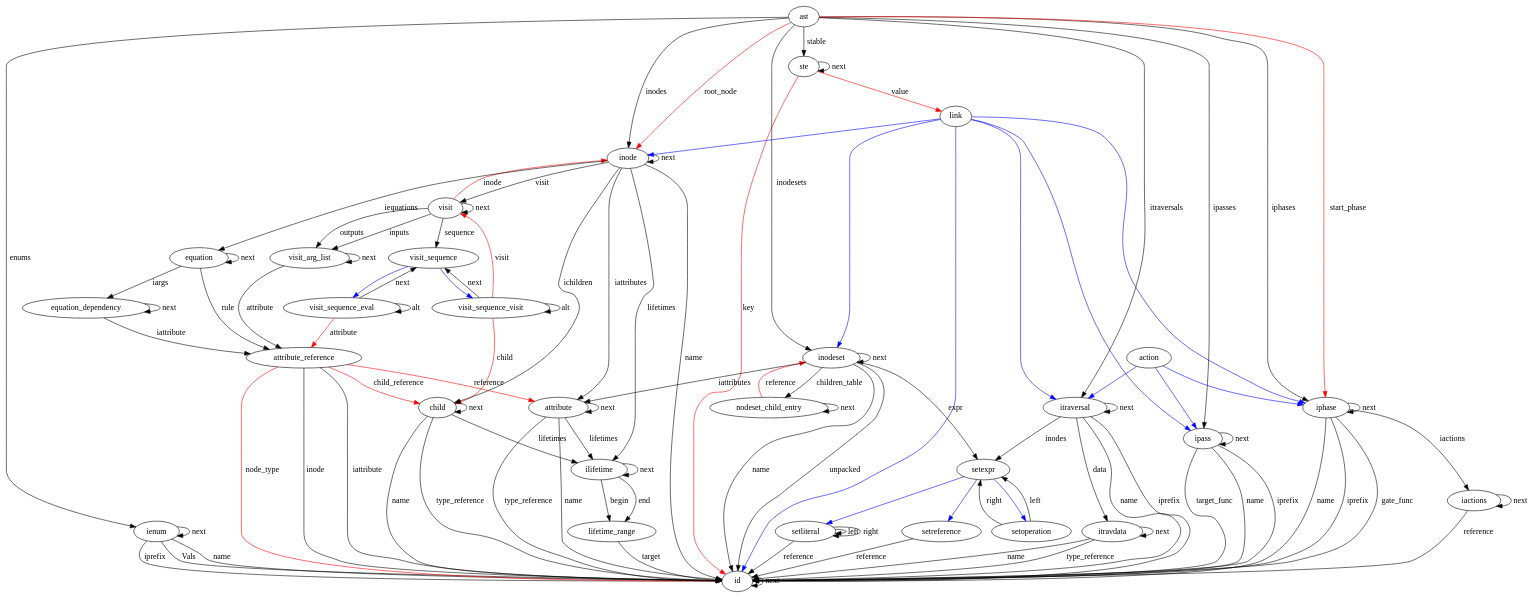
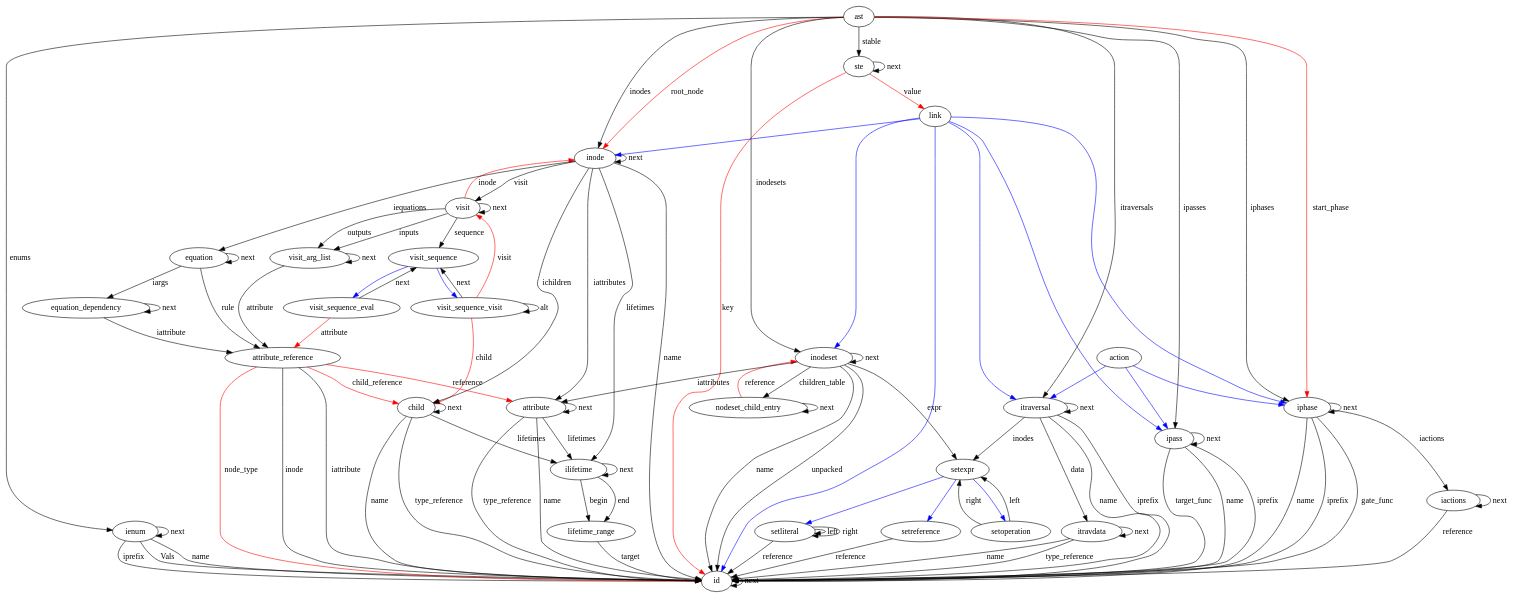
One commit to CoCoNut-UvA/coconut changed the diagram in cocogen/ccngen/ast.dot. Above: the diagram before and after it, drawn with Graphviz. The commit also changed 19 other files, not shown here.

```diff
--- a/cocogen/ccngen/ast.dot
+++ b/cocogen/ccngen/ast.dot
@@ -1,139 +1,138 @@
 digraph Ast {
 id;
 id -> id[label="next"]
 ienum;
 ienum -> id[label="Vals"]
 ienum -> id[label="name"]
 ienum -> id[label="iprefix"]
 ienum -> ienum[label="next"]
 visit_sequence_visit;
 visit_sequence_visit -> visit_sequence_visit[label="alt"]
 visit_sequence_visit -> visit_sequence[label="next"]
 visit_sequence_visit -> child[color=red, label="child"]
 visit_sequence_visit -> visit[color=red, label="visit"]
 visit_sequence_eval;
-visit_sequence_eval -> visit_sequence_eval[label="alt"]
 visit_sequence_eval -> visit_sequence[label="next"]
 visit_sequence_eval -> attribute_reference[color=red, label="attribute"]
 visit;
 visit -> visit_sequence[label="sequence"]
 visit -> visit_arg_list[label="inputs"]
 visit -> visit_arg_list[label="outputs"]
 visit -> visit[label="next"]
 visit -> inode[color=red, label="inode"]
 visit_arg_list;
 visit_arg_list -> attribute_reference[label="attribute"]
 visit_arg_list -> visit_arg_list[label="next"]
 attribute_reference;
 attribute_reference -> id[label="inode"]
 attribute_reference -> id[label="iattribute"]
 attribute_reference -> id[color=red, label="node_type"]
 attribute_reference -> attribute[color=red, label="reference"]
 attribute_reference -> child[color=red, label="child_reference"]
 equation_dependency;
 equation_dependency -> attribute_reference[label="iattribute"]
 equation_dependency -> equation_dependency[label="next"]
 equation;
 equation -> attribute_reference[label="rule"]
 equation -> equation_dependency[label="iargs"]
 equation -> equation[label="next"]
 attribute;
 attribute -> id[label="name"]
 attribute -> id[label="type_reference"]
 attribute -> ilifetime[label="lifetimes"]
 attribute -> attribute[label="next"]
 itravdata;
 itravdata -> id[label="name"]
 itravdata -> id[label="type_reference"]
 itravdata -> itravdata[label="next"]
 setoperation;
 setoperation -> setexpr[label="left"]
 setoperation -> setexpr[label="right"]
 setliteral;
 setliteral -> id[label="reference"]
 setliteral -> setliteral[label="left"]
 setliteral -> setliteral[label="right"]
 setreference;
 setreference -> id[label="reference"]
 ste;
 ste -> ste[label="next"]
 ste -> id[color=red, label="key"]
 ste -> link[color=red, label="value"]
 child;
 child -> id[label="name"]
 child -> ilifetime[label="lifetimes"]
 child -> child[label="next"]
 child -> id[label="type_reference"]
 lifetime_range;
 lifetime_range -> id[label="target"]
 ilifetime;
 ilifetime -> lifetime_range[label="begin"]
 ilifetime -> lifetime_range[label="end"]
 ilifetime -> ilifetime[label="next"]
 nodeset_child_entry;
 nodeset_child_entry -> nodeset_child_entry[label="next"]
 nodeset_child_entry -> inodeset[color=red, label="reference"]
 inodeset;
 inodeset -> id[label="name"]
 inodeset -> setexpr[label="expr"]
 inodeset -> attribute[label="iattributes"]
 inodeset -> id[label="unpacked"]
 inodeset -> inodeset[label="next"]
 inodeset -> nodeset_child_entry[label="children_table"]
 inode;
 inode -> id[label="name"]
 inode -> inode[label="next"]
 inode -> child[label="ichildren"]
 inode -> attribute[label="iattributes"]
 inode -> equation[label="iequations"]
 inode -> ilifetime[label="lifetimes"]
 inode -> visit[label="visit"]
 ipass;
 ipass -> id[label="name"]
 ipass -> id[label="iprefix"]
 ipass -> id[label="target_func"]
 ipass -> ipass[label="next"]
 itraversal;
 itraversal -> id[label="name"]
 itraversal -> id[label="iprefix"]
 itraversal -> setexpr[label="inodes"]
 itraversal -> itravdata[label="data"]
 itraversal -> itraversal[label="next"]
 iphase;
 iphase -> id[label="name"]
 iphase -> id[label="iprefix"]
 iphase -> id[label="gate_func"]
 iphase -> iactions[label="iactions"]
 iphase -> iphase[label="next"]
 iactions;
 iactions -> id[label="reference"]
 iactions -> iactions[label="next"]
 ast;
 ast -> iphase[label="iphases"]
 ast -> itraversal[label="itraversals"]
 ast -> ipass[label="ipasses"]
 ast -> inode[label="inodes"]
 ast -> inodeset[label="inodesets"]
 ast -> ienum[label="enums"]
 ast -> ste[label="stable"]
 ast -> inode[color=red, label="root_node"]
 ast -> iphase[color=red, label="start_phase"]
 visit_sequence;
 visit_sequence -> visit_sequence_eval [color=blue]
 visit_sequence -> visit_sequence_visit [color=blue]
 setexpr;
 setexpr -> setoperation [color=blue]
 setexpr -> setreference [color=blue]
 setexpr -> setliteral [color=blue]
 link;
 link -> iphase [color=blue]
 link -> itraversal [color=blue]
 link -> ipass [color=blue]
 link -> inode [color=blue]
 link -> inodeset [color=blue]
 link -> id [color=blue]
 action;
 action -> iphase [color=blue]
 action -> itraversal [color=blue]
 action -> ipass [color=blue]
 }
```
